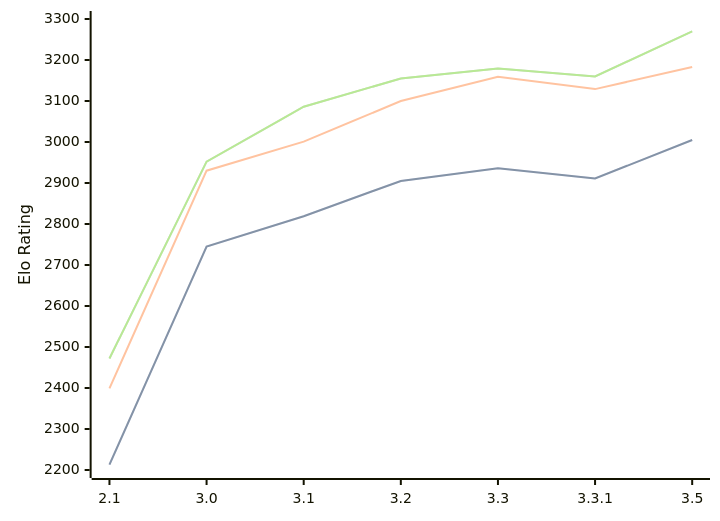
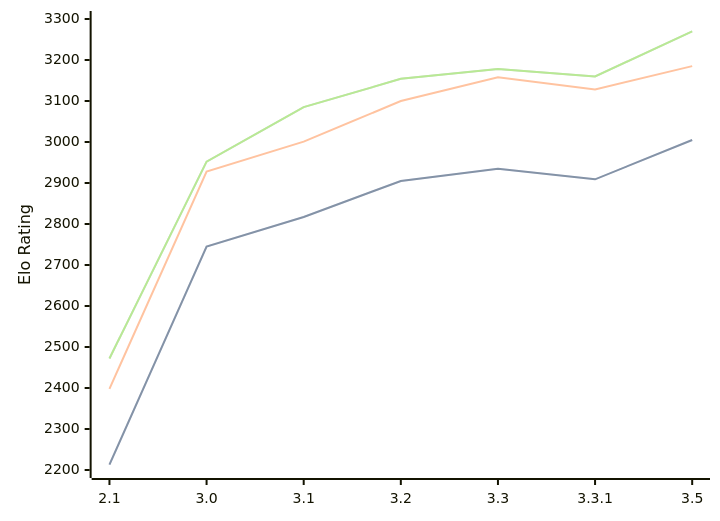
The third of 3 diagrams in engines/Petrel.md (computer-chess-index/cci), drawn with Mermaid before and after one commit. The commit also changed other lines of this file, not shown here.

Commit message:
Update CCI Ratings (ELO VLTC) - 2026-06-27

````diff
--- a/engines/Petrel.md
+++ b/engines/Petrel.md
@@ -79,11 +79,11 @@
 ```mermaid
 %%{init: {"theme":"base","themeVariables":{"seriesColors:['#a3a3a3','#222221','#faa371']}}}%%
 xychart-beta
   x-axis ["2.1", "3.0", "3.1", "3.2", "3.3", "3.3.1", "3.5"]
   y-axis "Elo Rating" 2200 --> 3300
-  line "STC (8.0+0.08s)" [2213, 2745, 2819, 2905, 2936, 2911, 3005]
-  line "STC (8.0+0.08s)" [2213, 2745, 2819, 2905, 2936, 2911, 3005]
-  line "LTC (60.0+0.60s)" [2399, 2930, 3001, 3100, 3159, 3129, 3183]
-  line "VLTC (2m24s+1.12s)" [2472, 2952, 3086, 3155, 3179, 3160, 3270]
-  line "VLTC (2m24s+1.12s)" [2472, 2952, 3086, 3155, 3179, 3160, 3270]
+  line "STC (8.0+0.08s)" [2213, 2745, 2817, 2905, 2935, 2909, 3005]
+  line "STC (8.0+0.08s)" [2213, 2745, 2817, 2905, 2935, 2909, 3005]
+  line "LTC (60.0+0.60s)" [2398, 2928, 3001, 3100, 3158, 3128, 3185]
+  line "VLTC (2m24s+1.12s)" [2472, 2952, 3085, 3154, 3178, 3160, 3270]
+  line "VLTC (2m24s+1.12s)" [2472, 2952, 3085, 3154, 3178, 3160, 3270]
 ```
````
